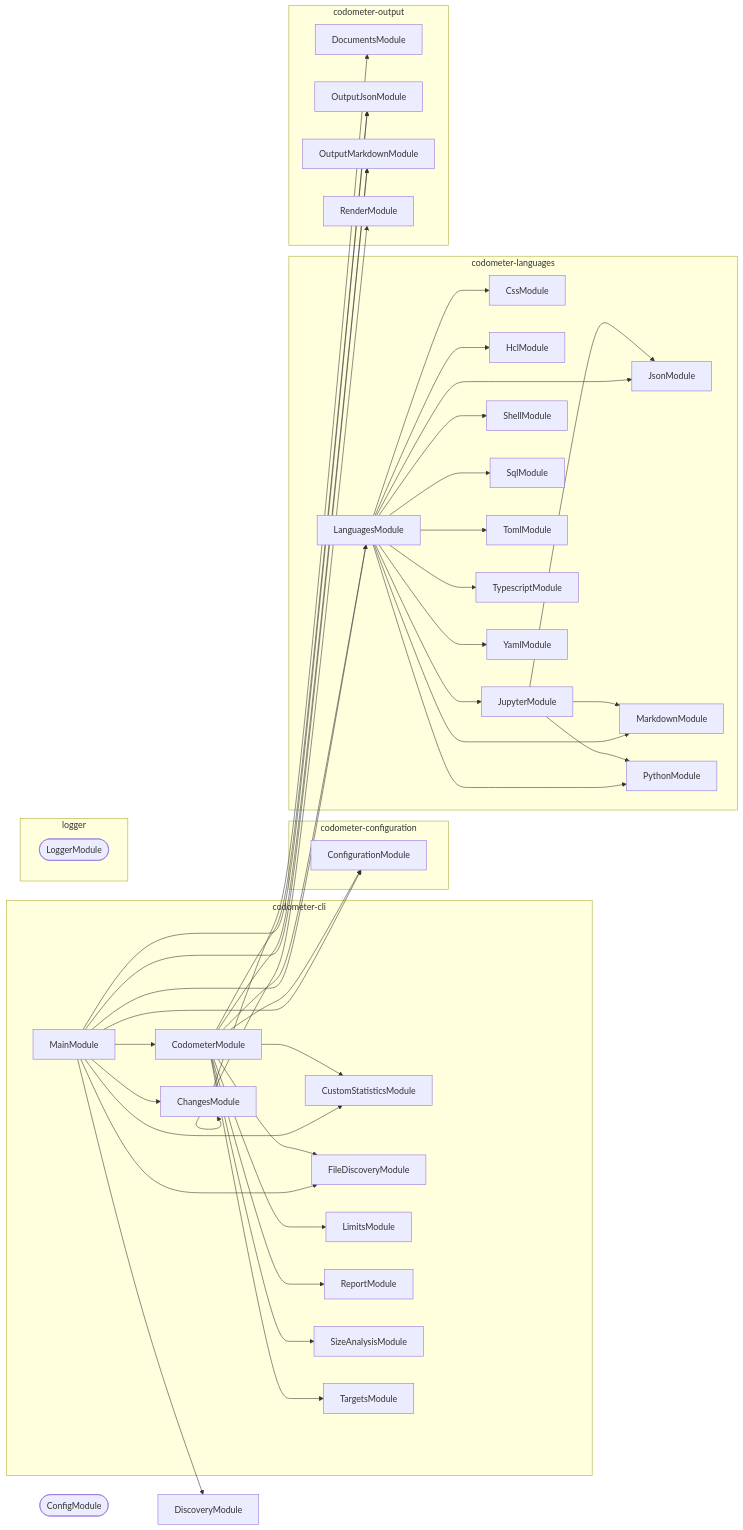
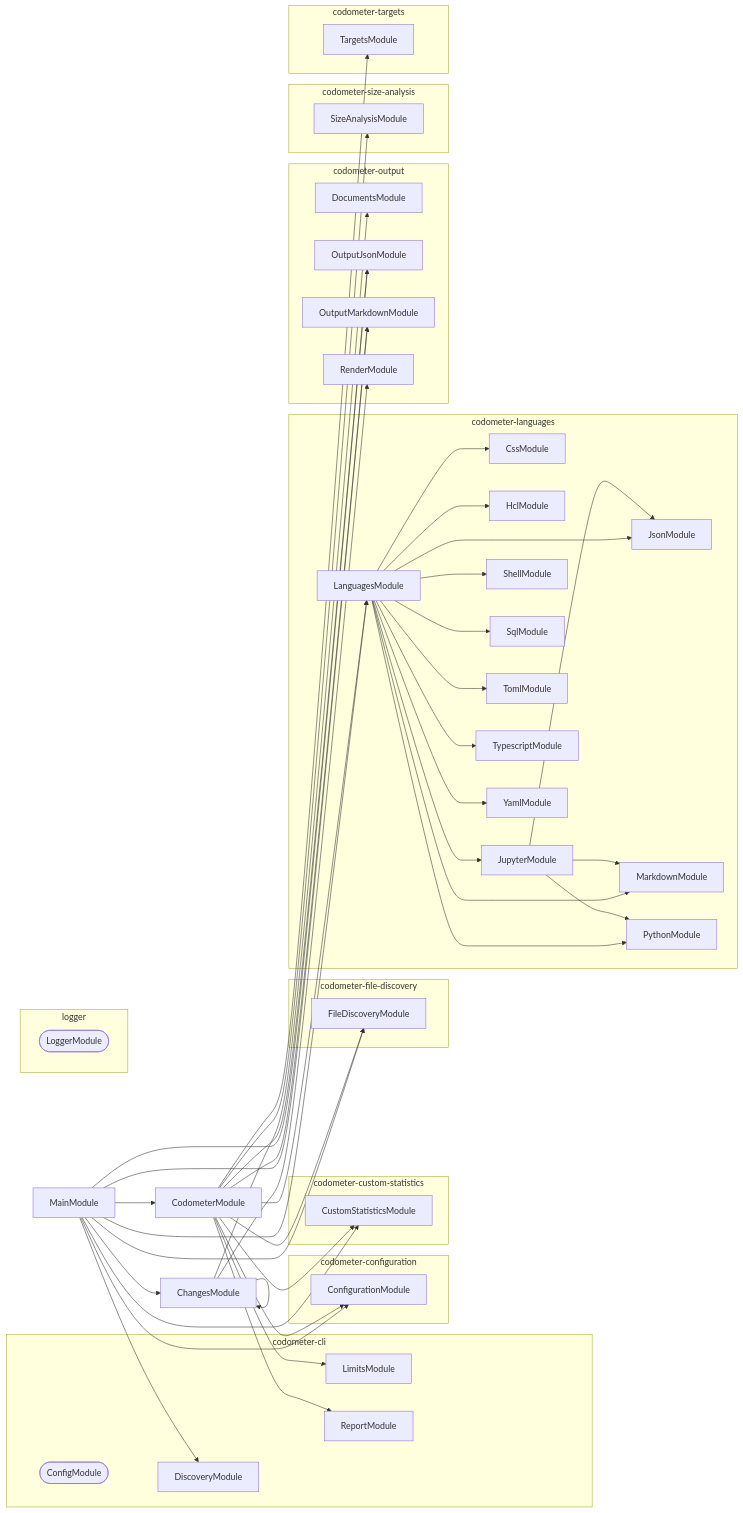
Before and after one commit to JimmyPaolini/codebase: the second of 2 diagrams in packages/codometer-cli/README.md, drawn with Mermaid. The commit also changed other lines of this file and 100 other files, not shown here.

```diff
--- a/packages/codometer-cli/README.md
+++ b/packages/codometer-cli/README.md
@@ -458,18 +466,20 @@
   subgraph group0["codometer-cli"]
     ChangesModule
     CodometerModule
-    CustomStatisticsModule
-    FileDiscoveryModule
     LimitsModule
     MainModule
     ReportModule
-    SizeAnalysisModule
-    TargetsModule
   end
   subgraph group1["codometer-configuration"]
     ConfigurationModule
   end
-  subgraph group2["codometer-languages"]
+  subgraph group2["codometer-custom-statistics"]
+    CustomStatisticsModule
+  end
+  subgraph group3["codometer-file-discovery"]
+    FileDiscoveryModule
+  end
+  subgraph group4["codometer-languages"]
     CssModule
     HclModule
     JsonModule
@@ -483,13 +493,19 @@
     TypescriptModule
     YamlModule
   end
-  subgraph group3["codometer-output"]
+  subgraph group5["codometer-output"]
     DocumentsModule
     OutputJsonModule
     OutputMarkdownModule
     RenderModule
   end
-  subgraph group4["logger"]
+  subgraph group6["codometer-size-analysis"]
+    SizeAnalysisModule
+  end
+  subgraph group7["codometer-targets"]
+    TargetsModule
+  end
+  subgraph group8["logger"]
     LoggerModule([LoggerModule])
   end
   ConfigModule([ConfigModule])
```
